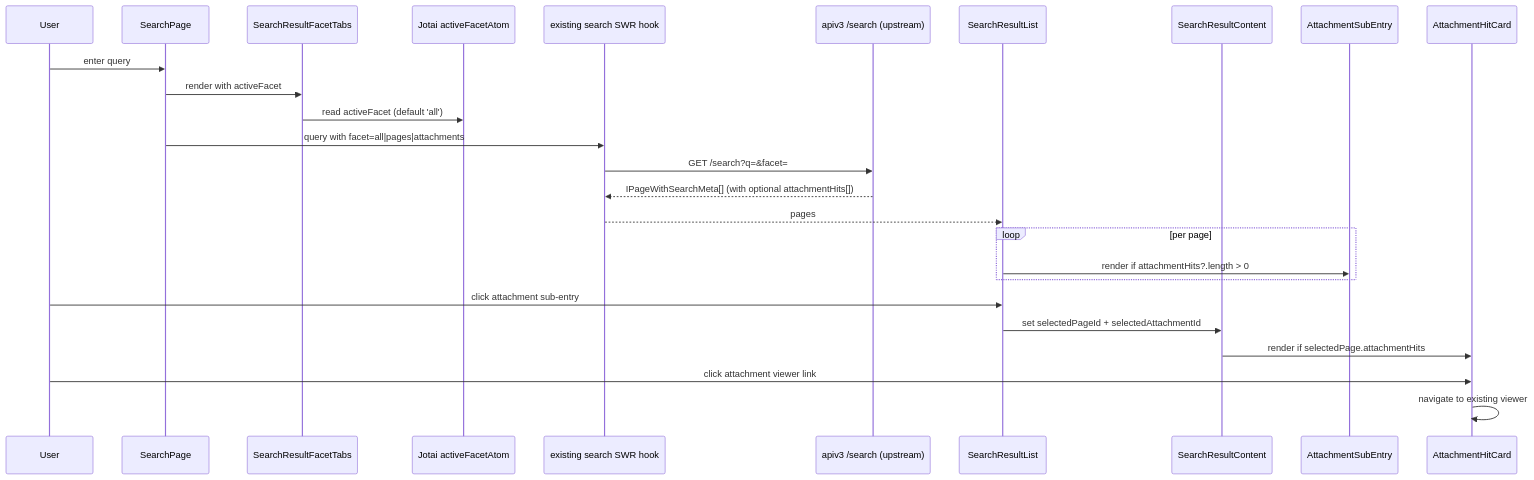
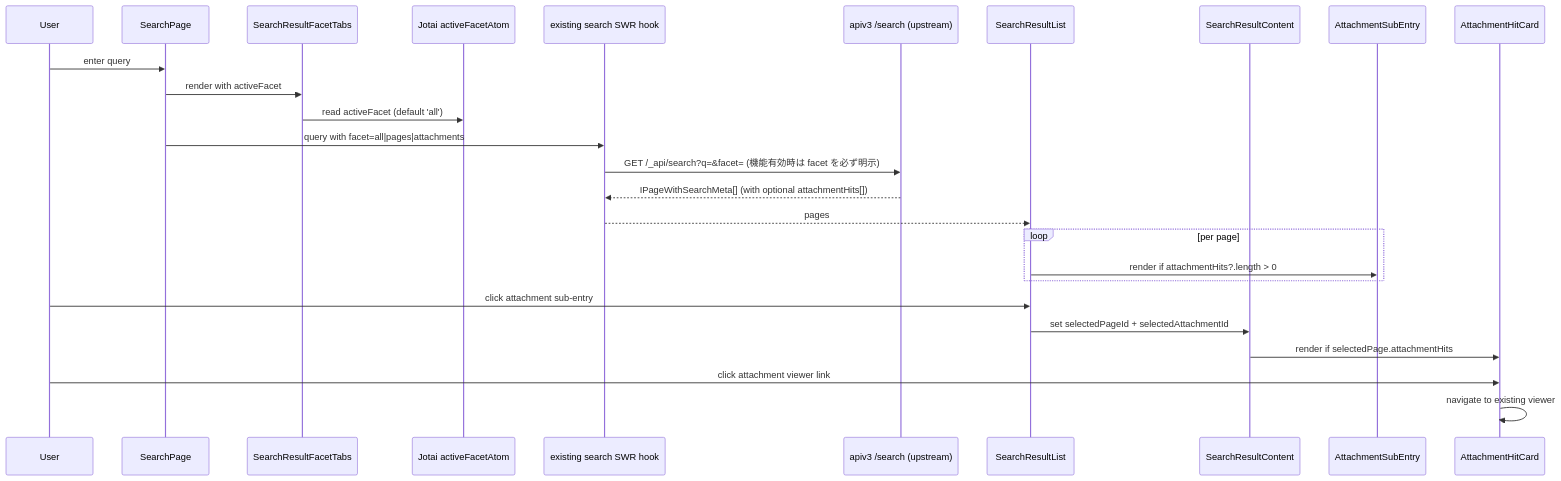
One commit to growilabs/growi changed the second of 4 diagrams in .kiro/specs/attachment-search-ui/design.md. Above: the diagram before and after it, drawn with Mermaid. The commit also changed other lines of this file and 2 other files, not shown here.

First line of the commit message:
docs(attachment-search-ui): follow the background rebuild and the apiv1 search entry point

````diff
--- a/.kiro/specs/attachment-search-ui/design.md
+++ b/.kiro/specs/attachment-search-ui/design.md
@@ -238,29 +239,29 @@
 ```mermaid
 sequenceDiagram
     participant User
     participant SearchPage
     participant FacetTabs as SearchResultFacetTabs
     participant FacetAtom as Jotai activeFacetAtom
     participant SearchSWR as existing search SWR hook
     participant SearchAPI as apiv3 /search (upstream)
     participant ResultList as SearchResultList
     participant ResultContent as SearchResultContent
     participant SubEntry as AttachmentSubEntry
     participant HitCard as AttachmentHitCard
 
     User->>SearchPage: enter query
     SearchPage->>FacetTabs: render with activeFacet
     FacetTabs->>FacetAtom: read activeFacet (default 'all')
     SearchPage->>SearchSWR: query with facet=all|pages|attachments
-    SearchSWR->>SearchAPI: GET /search?q=&facet=
+    SearchSWR->>SearchAPI: GET /_api/search?q=&facet= (機能有効時は facet を必ず明示)
     SearchAPI-->>SearchSWR: IPageWithSearchMeta[] (with optional attachmentHits[])
     SearchSWR-->>ResultList: pages
     loop per page
         ResultList->>SubEntry: render if attachmentHits?.length > 0
     end
     User->>ResultList: click attachment sub-entry
     ResultList->>ResultContent: set selectedPageId + selectedAttachmentId
     ResultContent->>HitCard: render if selectedPage.attachmentHits
     User->>HitCard: click attachment viewer link
     HitCard->>HitCard: navigate to existing viewer
 ```
````
